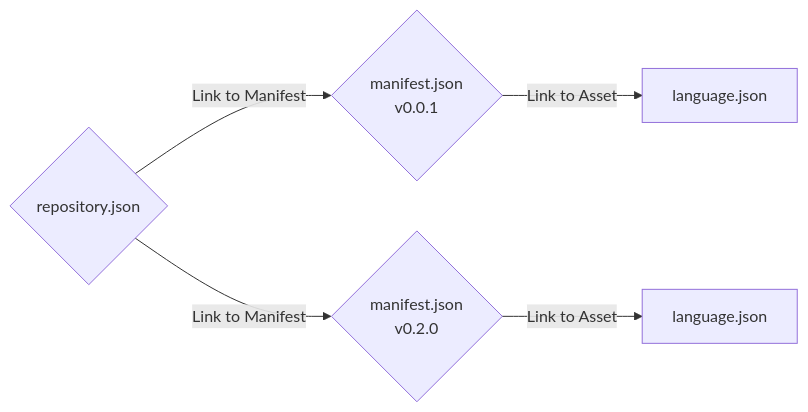
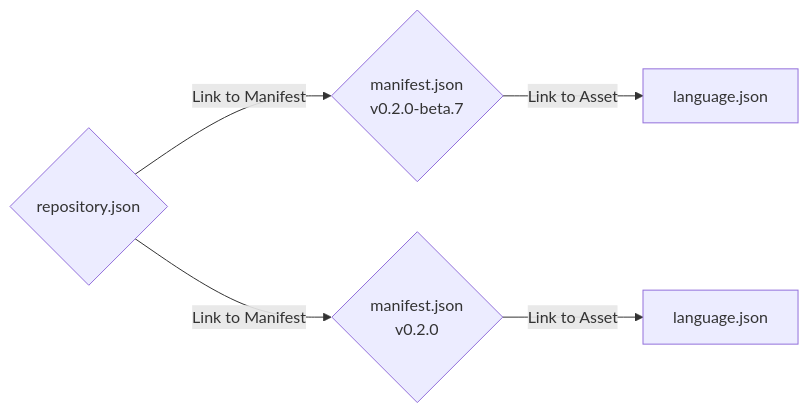
One commit to RebelliumGames/TechGiants-Mod-Template changed the diagram in README.md. Above: the diagram before and after it, drawn with Mermaid.

````diff
--- a/README.md
+++ b/README.md
@@ -27,10 +27,10 @@
 ```mermaid
 flowchart LR
     A{repository.json} -->|Link to Manifest| B{manifest.json 
-    v0.0.1}
+    v0.2.0-beta.7}
     A{repository.json} -->|Link to Manifest| C{manifest.json 
     v0.2.0}
 
     B -->|Link to Asset| D[language.json]
     C -->|Link to Asset| E[language.json]
 ```
````
